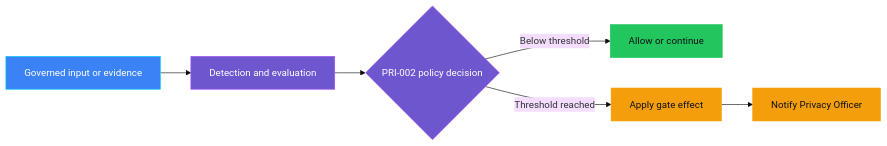
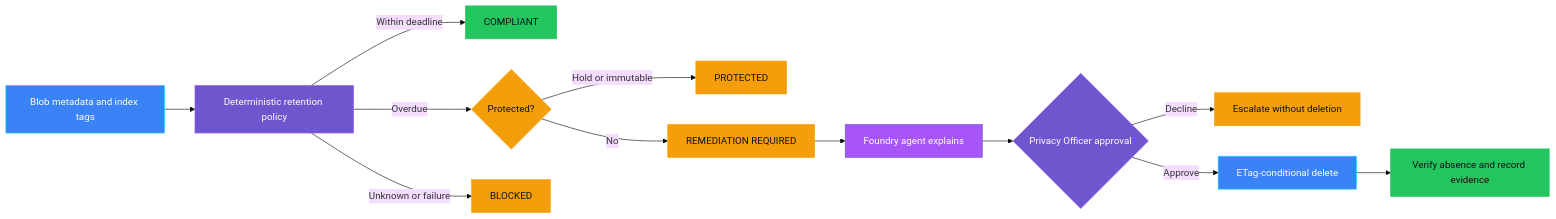
One commit to doruit/forged-with-foundry changed the first of 2 diagrams in controls/privacy/PRI-002_retention_violation/README.md. Above: the diagram before and after it, drawn with Mermaid (base theme). The commit also changed other lines of this file and 25 other files, not shown here.

First line of the commit message:
Refactor and enhance privacy controls for PII exposure and retention violation

````diff
--- a/controls/privacy/PRI-002_retention_violation/README.md
+++ b/controls/privacy/PRI-002_retention_violation/README.md
@@ -41,17 +52,25 @@
 ```mermaid
 flowchart LR
-    I[Governed input or evidence] --> D[Detection and evaluation]
-    D --> P{PRI-002 policy decision}
-    P -->|Below threshold| A[Allow or continue]
-    P -->|Threshold reached| E[Apply gate effect]
-    E --> O[Notify Privacy Officer]
+  S[Blob metadata and index tags] --> P[Deterministic retention policy]
+  P -->|Within deadline| C[COMPLIANT]
+  P -->|Overdue| X{Protected?}
+  X -->|Hold or immutable| H[PROTECTED]
+  X -->|No| V[REMEDIATION REQUIRED]
+  P -->|Unknown or failure| B[BLOCKED]
+  V --> A[Foundry agent explains]
+  A --> Q{Privacy Officer approval}
+  Q -->|Decline| E[Escalate without deletion]
+  Q -->|Approve| D[ETag-conditional delete]
+  D --> R[Verify absence and record evidence]
 
     classDef governance fill:#6E56CF,stroke:#A855F7,color:#FFFFFF
     classDef platform fill:#3B82F6,stroke:#00D4FF,color:#FFFFFF
+    classDef intelligence fill:#A855F7,stroke:#6E56CF,color:#FFFFFF
     classDef success fill:#22C55E,stroke:#22C55E,color:#0D1117
     classDef attention fill:#F59E0B,stroke:#F59E0B,color:#0D1117
-    class D,P governance
-    class I platform
-    class A success
-    class E,O attention
+    class S,D platform
+    class P,Q governance
+    class A intelligence
+    class C,R success
+    class X,V,H,B,E attention
 ```
````
